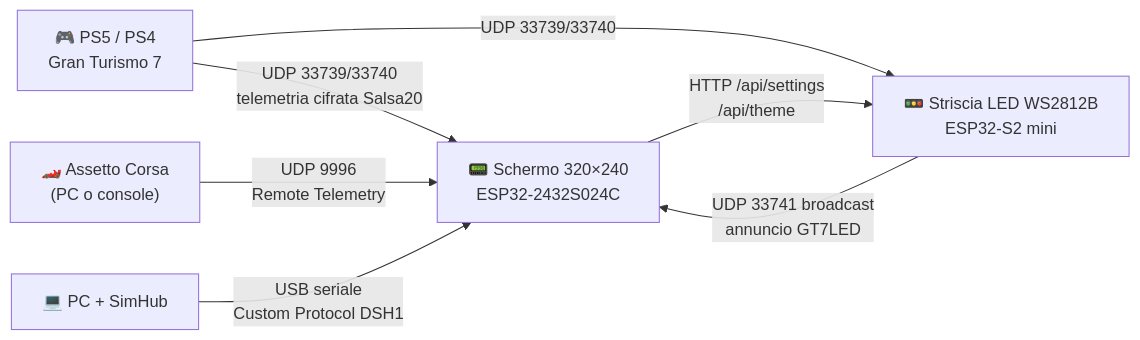
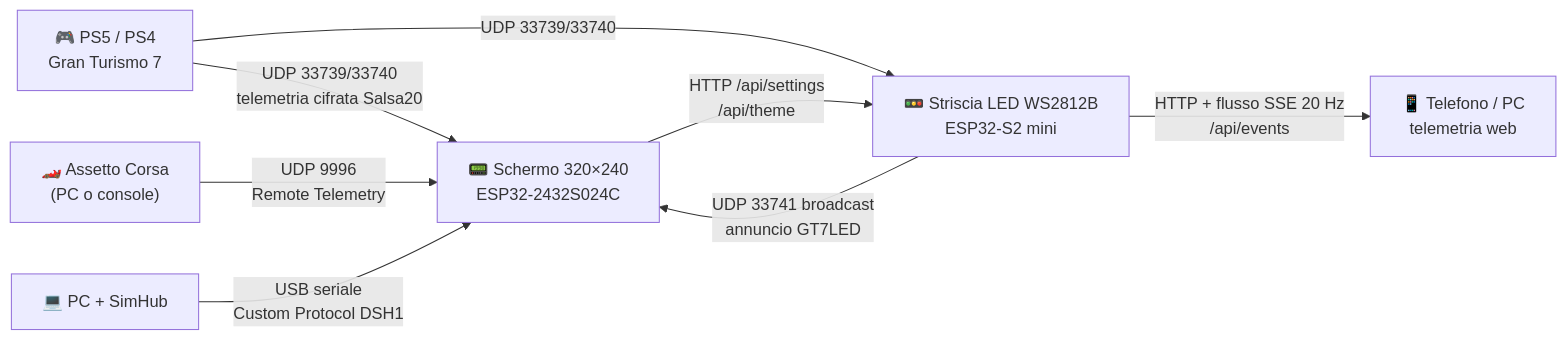
One commit to chopin94/gt7-SchermoELed changed the diagram in README.md. Above: the diagram before and after it, drawn with Mermaid. The commit also changed other lines of this file and 46 other files, not shown here.

First line of the commit message:
Striscia LED 2.0: montaggio a U dietro la TV, 7 nuovi temi, avvisi e telemetria web

````diff
--- a/README.md
+++ b/README.md
@@ -49,15 +51,17 @@
 ```mermaid
 flowchart LR
     PS5["🎮 PS5 / PS4<br/>Gran Turismo 7"]
     AC["🏎️ Assetto Corsa<br/>(PC o console)"]
     PC["💻 PC + SimHub"]
     DASH["📟 Schermo 320×240<br/>ESP32-2432S024C"]
     LED["🚥 Striscia LED WS2812B<br/>ESP32-S2 mini"]
+    WEB["📱 Telefono / PC<br/>telemetria web"]
 
     PS5 -- "UDP 33739/33740<br/>telemetria cifrata Salsa20" --> DASH
     PS5 -- "UDP 33739/33740" --> LED
     AC -- "UDP 9996<br/>Remote Telemetry" --> DASH
     PC -- "USB seriale<br/>Custom Protocol DSH1" --> DASH
     LED -- "UDP 33741 broadcast<br/>annuncio GT7LED" --> DASH
     DASH -- "HTTP /api/settings<br/>/api/theme" --> LED
+    LED -- "HTTP + flusso SSE 20 Hz<br/>/api/events" --> WEB
 ```
````
